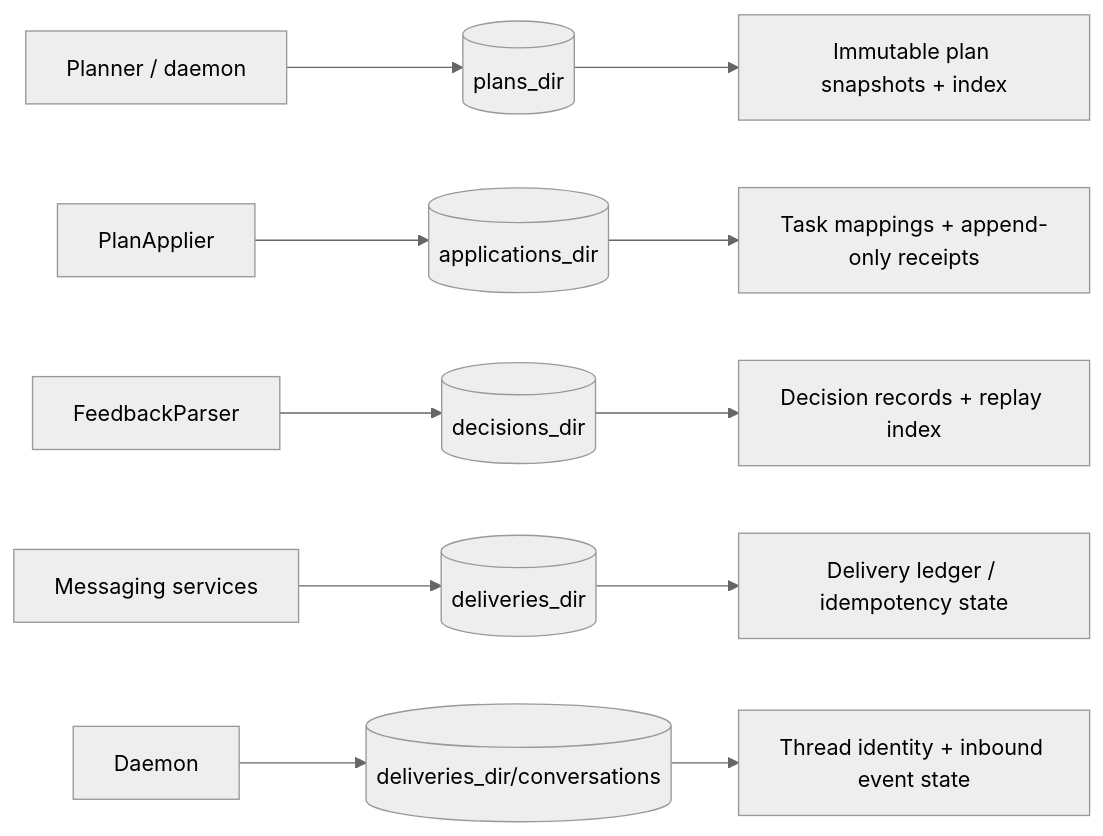
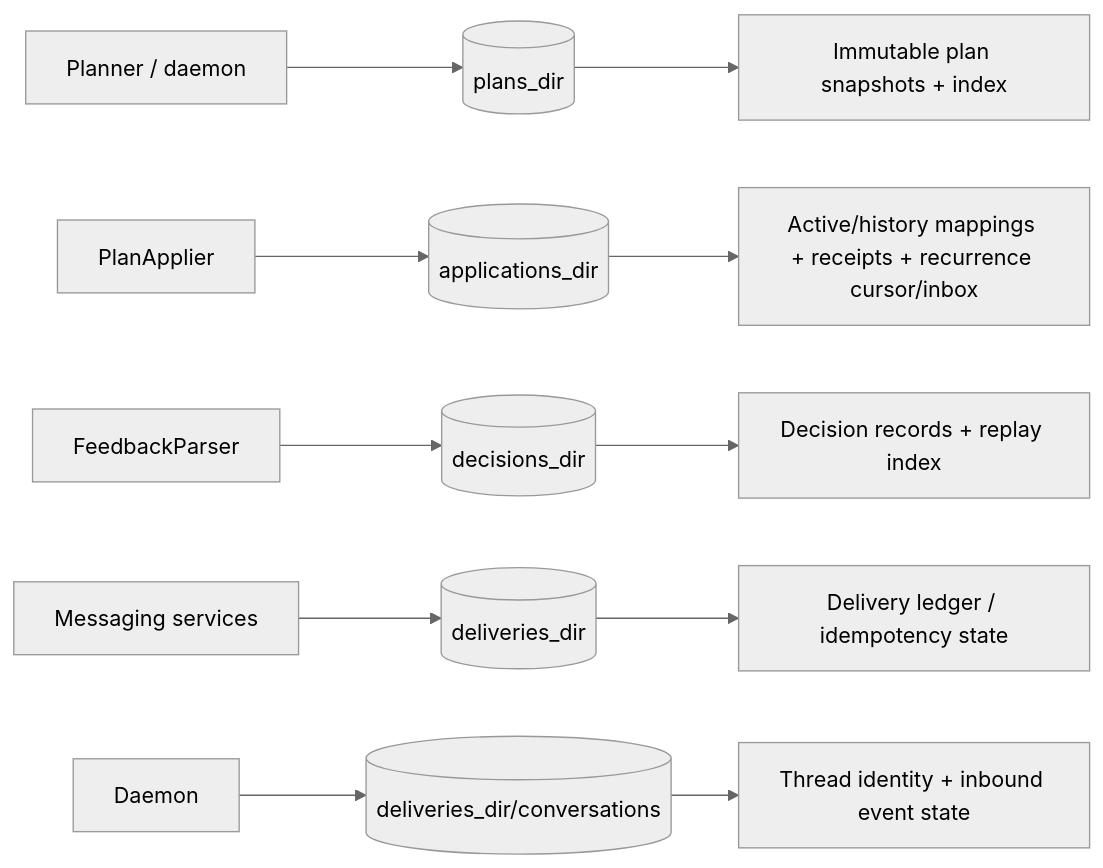
The sixth of 9 diagrams in ARCHITECTURE.md (justinfiore/todoist-calendar-sync), drawn with Mermaid (neutral theme) before and after one commit. The commit also changed other lines of this file and 7 other files, not shown here.

````diff
--- a/ARCHITECTURE.md
+++ b/ARCHITECTURE.md
@@ -364,14 +403,14 @@
 ```mermaid
 flowchart LR
     Planner[Planner / daemon] --> Plans[(plans_dir)]
     Applier[PlanApplier] --> Apps[(applications_dir)]
     Feedback[FeedbackParser] --> Decisions[(decisions_dir)]
     Slack[Messaging services] --> Deliveries[(deliveries_dir)]
     Daemon --> Conversations[(deliveries_dir/conversations)]
 
     Plans --> P[Immutable plan snapshots + index]
-    Apps --> A[Task mappings + append-only receipts]
+    Apps --> A[Active/history mappings + receipts + recurrence cursor/inbox]
     Decisions --> D[Decision records + replay index]
     Deliveries --> L[Delivery ledger / idempotency state]
     Conversations --> C[Thread identity + inbound event state]
 ```
````
